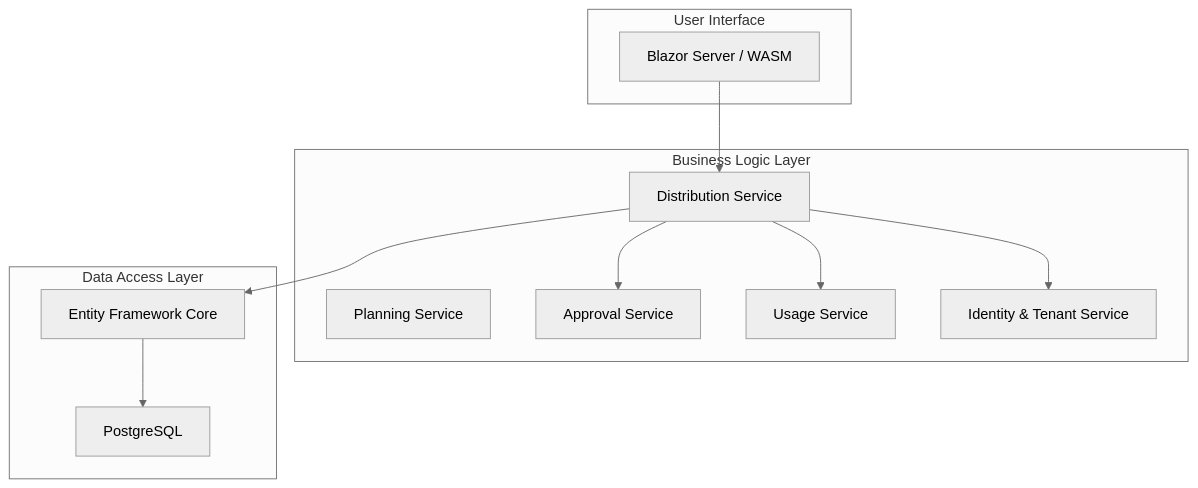
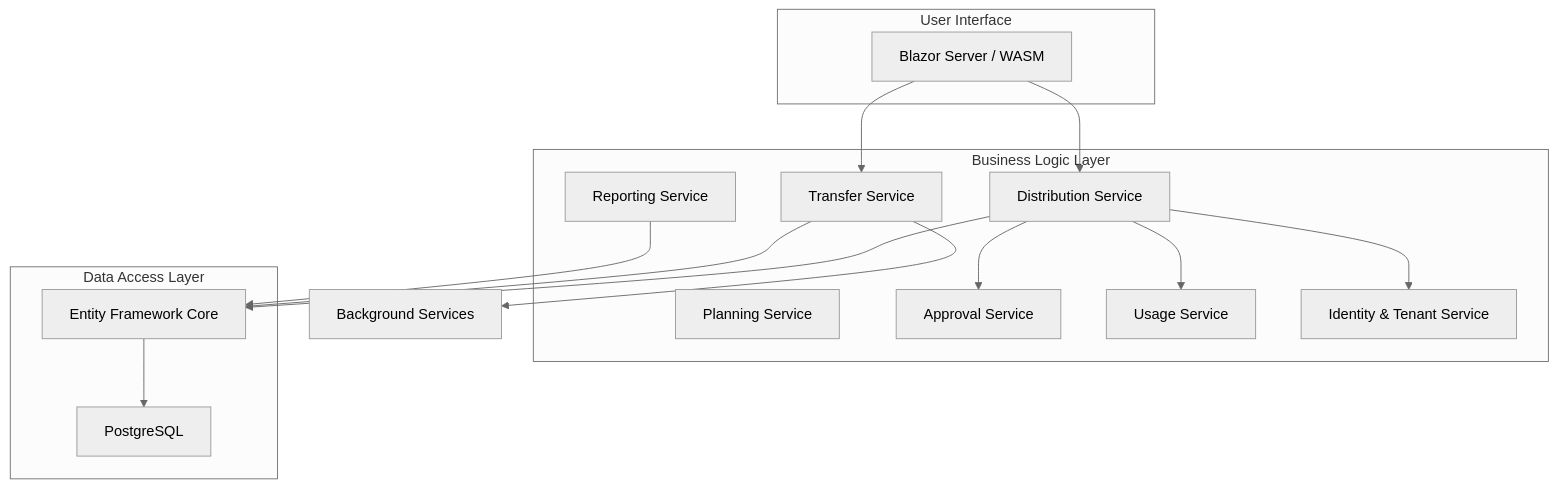
The second of 8 diagrams in .qoder/repowiki/en/content/Core Services Implementation/Distribution Service.md (lamhongbac/NonCash), drawn with Mermaid (neutral theme) before and after one commit. The commit also changed other lines of this file and 13 other files, not shown here.

````diff
--- a/.qoder/repowiki/en/content/Core Services Implementation/Distribution Service.md
+++ b/.qoder/repowiki/en/content/Core Services Implementation/Distribution Service.md
@@ -82,23 +113,29 @@
 ```mermaid
 graph TB
 subgraph "Business Logic Layer"
 Planning["Planning Service"]
 Approval["Approval Service"]
 Distribution["Distribution Service"]
 Usage["Usage Service"]
 Identity["Identity & Tenant Service"]
+Transfer["Transfer Service"]
+Reports["Reporting Service"]
 end
 subgraph "Data Access Layer"
 EF["Entity Framework Core"]
 PG["PostgreSQL"]
 end
 subgraph "User Interface"
 Blazor["Blazor Server / WASM"]
 end
 Blazor --> Distribution
+Blazor --> Transfer
 Distribution --> Approval
 Distribution --> Usage
 Distribution --> Identity
+Transfer --> BackgroundServices["Background Services"]
 Distribution --> EF
+Transfer --> EF
+Reports --> EF
 EF --> PG
 ```
````
